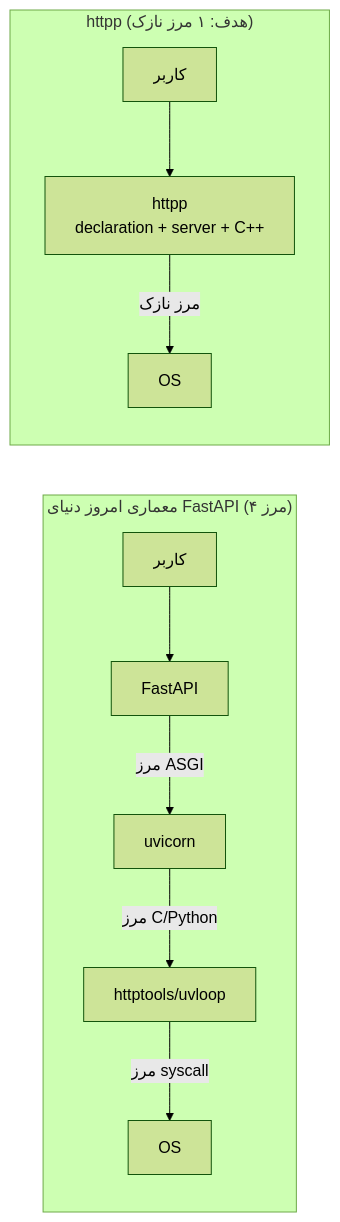
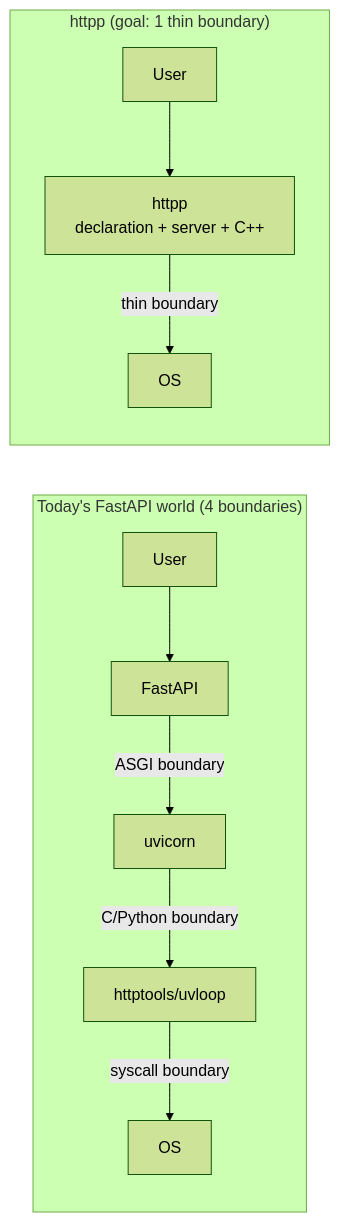
The second of 6 diagrams in docs/Architecture.md (MohammadRaziei/httpp), drawn with Mermaid (forest theme) before and after one commit. The commit also changed other lines of this file and 49 other files, not shown here.

````diff
--- a/docs/Architecture.md
+++ b/docs/Architecture.md
@@ -95,14 +96,14 @@
 ```mermaid
 graph LR
-    subgraph "معماری امروز دنیای FastAPI (۴ مرز)"
-        U1[کاربر] --> F1[FastAPI]
-        F1 -->|مرز ASGI| UV[uvicorn]
-        UV -->|مرز C/Python| HT[httptools/uvloop]
-        HT -->|مرز syscall| OS1[OS]
+    subgraph "Today's FastAPI world (4 boundaries)"
+        U1[User] --> F1[FastAPI]
+        F1 -->|ASGI boundary| UV[uvicorn]
+        UV -->|C/Python boundary| HT[httptools/uvloop]
+        HT -->|syscall boundary| OS1[OS]
     end
 
-    subgraph "httpp (هدف: ۱ مرز نازک)"
-        U2[کاربر] --> H[httpp<br/>declaration + server + C++]
-        H -->|مرز نازک| OS2[OS]
+    subgraph "httpp (goal: 1 thin boundary)"
+        U2[User] --> H[httpp<br/>declaration + server + C++]
+        H -->|thin boundary| OS2[OS]
     end
 ```
````
